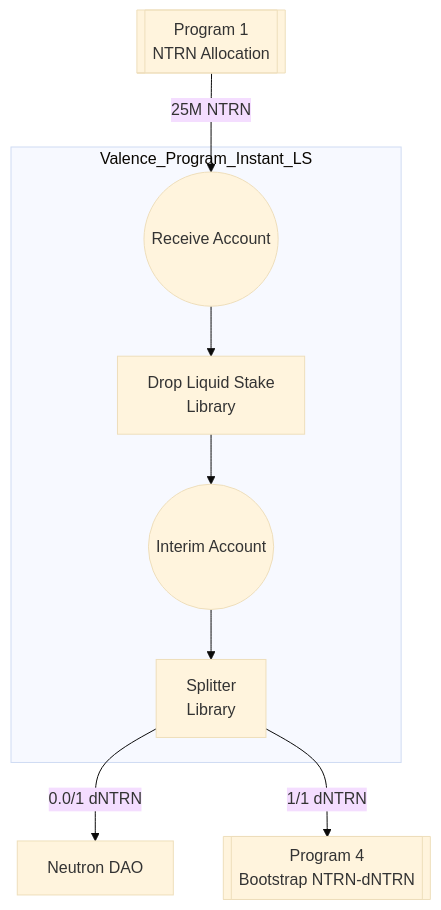
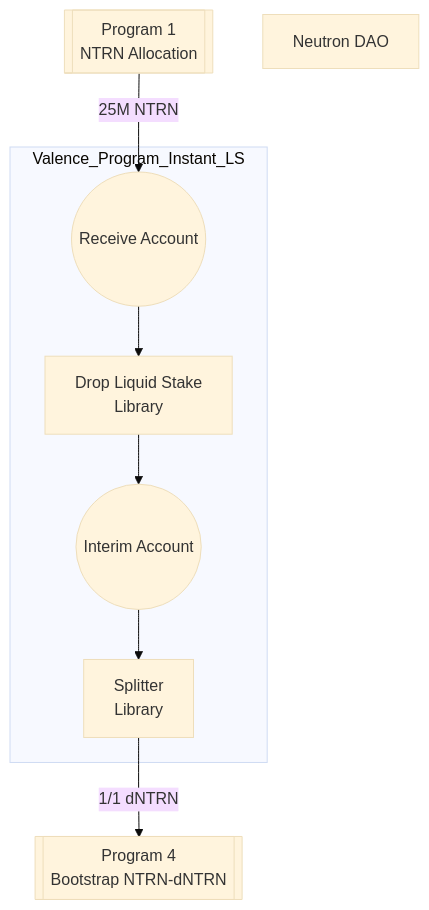
The diagram in programs/2025-03-23-prod-dICS-ntrn-instant-ls/README.md (timewave-computer/timewave-program-deployments), drawn with Mermaid (base theme) before and after one commit. The commit also changed other lines of this file, not shown here.

````diff
--- a/programs/2025-03-23-prod-dICS-ntrn-instant-ls/README.md
+++ b/programs/2025-03-23-prod-dICS-ntrn-instant-ls/README.md
@@ -15,16 +15,15 @@
 ```mermaid
 graph TB;
     P1[[Program 1<br>NTRN Allocation]]
     subgraph Valence_Program_Instant_LS
         RA((Receive Account))
         LS[Drop Liquid Stake<br>Library]
         IA((Interim Account))
         S[Splitter<br>Library]
     end
     N1[Neutron DAO]
     P4[[Program 4<br>Bootstrap NTRN-dNTRN]]
     P1 --25M NTRN--> RA
     RA --> LS --> IA --> S
-    S --0.0/1 dNTRN--> N1
     S --1/1 dNTRN--> P4
 ```
````
